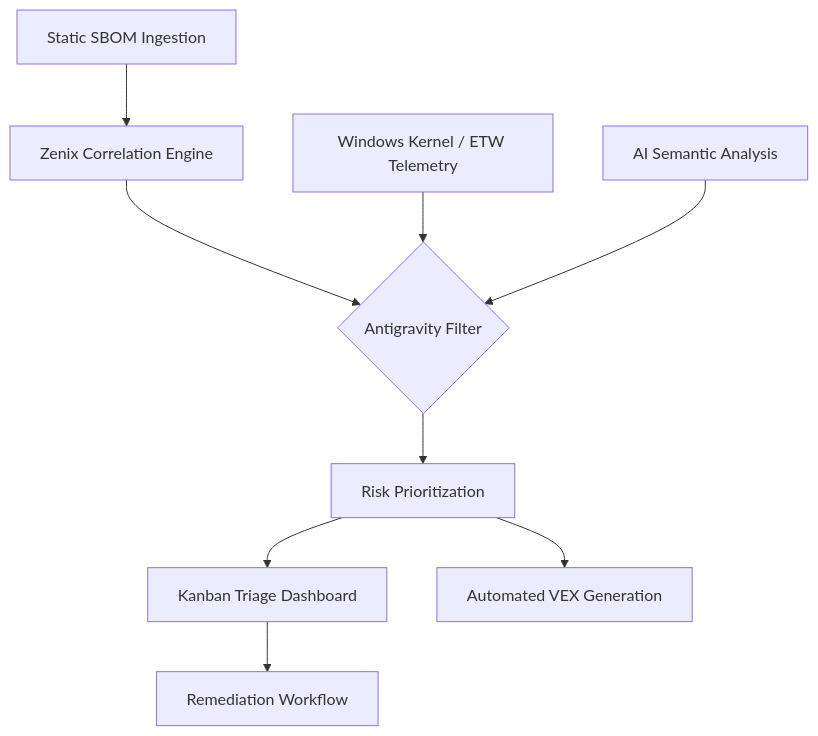
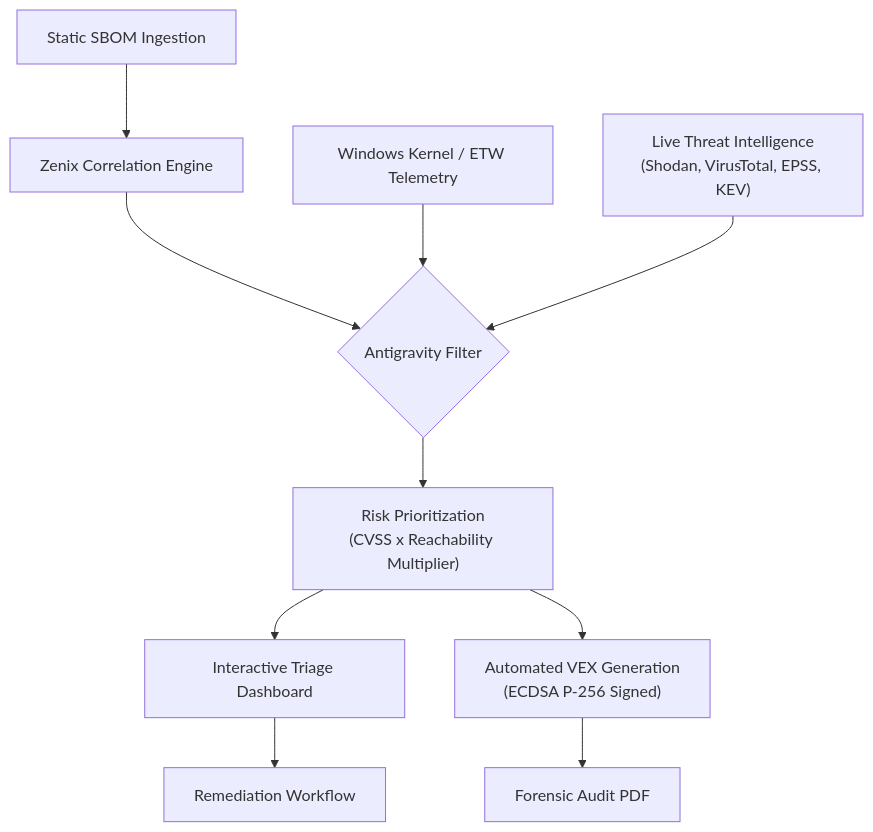
One commit to AsuriKarthik/Zenix changed the diagram in README.md. Above: the diagram before and after it, drawn with Mermaid. The commit also changed other lines of this file, not shown here.

````diff
--- a/README.md
+++ b/README.md
@@ -61,11 +70,12 @@
 ```mermaid
 flowchart TD
-    A[Static SBOM Ingestion] --> B[Zenix Correlation Engine]
-    B --> C{Antigravity Filter}
-    D[Windows Kernel / ETW Telemetry] --> C
-    E[AI Semantic Analysis] --> C
-    C --> F[Risk Prioritization]
-    F --> G[Kanban Triage Dashboard]
-    F --> H[Automated VEX Generation]
-    G --> I[Remediation Workflow]
+    A["Static SBOM Ingestion"] --> B["Zenix Correlation Engine"]
+    B --> C{"Antigravity Filter"}
+    D["Windows Kernel / ETW Telemetry"] --> C
+    E["Live Threat Intelligence<br/>(Shodan, VirusTotal, EPSS, KEV)"] --> C
+    C --> F["Risk Prioritization<br/>(CVSS x Reachability Multiplier)"]
+    F --> G["Interactive Triage Dashboard"]
+    F --> H["Automated VEX Generation<br/>(ECDSA P-256 Signed)"]
+    G --> I["Remediation Workflow"]
+    H --> J["Forensic Audit PDF"]
 ```
````
